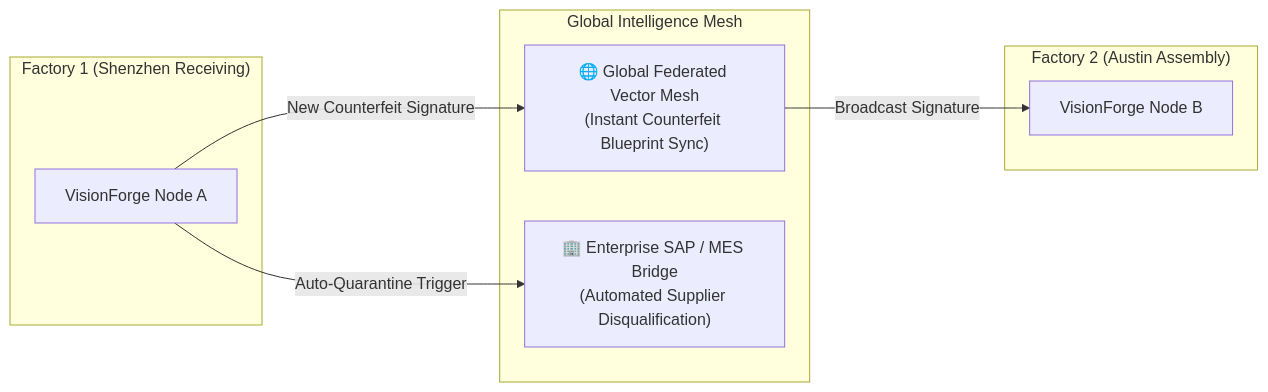
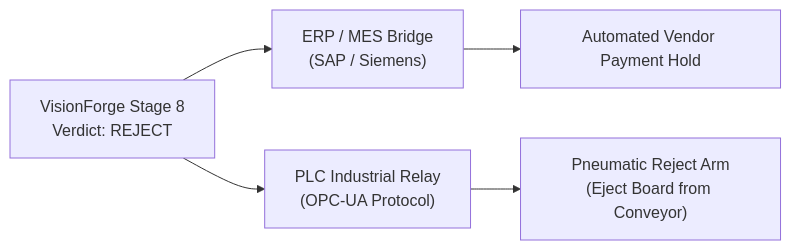
The third of 3 diagrams in docs/ROADMAP.md (Disha-1610/VisionForge), drawn with Mermaid before and after one commit. The commit also changed other lines of this file and 12 other files, not shown here.

Commit message:
docs: upgrade full documentation suite with technical depth, story arcs, engineering decisions, and Mermaid diagrams

````diff
--- a/docs/ROADMAP.md
+++ b/docs/ROADMAP.md
@@ -116,19 +118,8 @@
 ```mermaid
 flowchart LR
-    subgraph FactoryA["Factory 1 (Shenzhen Receiving)"]
-        VFA["VisionForge Node A"]
-    end
-
-    subgraph FactoryB["Factory 2 (Austin Assembly)"]
-        VFB["VisionForge Node B"]
-    end
-
-    subgraph CloudMesh["Global Intelligence Mesh"]
-        FAISS_Mesh["🌐 Global Federated Vector Mesh<br/>(Instant Counterfeit Blueprint Sync)"]
-        ERP["🏢 Enterprise SAP / MES Bridge<br/>(Automated Supplier Disqualification)"]
-    end
-
-    VFA -->|New Counterfeit Signature| FAISS_Mesh
-    FAISS_Mesh -->|Broadcast Signature| VFB
-    VFA -->|Auto-Quarantine Trigger| ERP
+    Insp["VisionForge Stage 8<br/>Verdict: REJECT"] --> MES["ERP / MES Bridge<br/>(SAP / Siemens)"]
+    Insp --> PLC["PLC Industrial Relay<br/>(OPC-UA Protocol)"]
+    
+    MES --> Hold["Automated Vendor Payment Hold"]
+    PLC --> Arm["Pneumatic Reject Arm<br/>(Eject Board from Conveyor)"]
 ```
````
